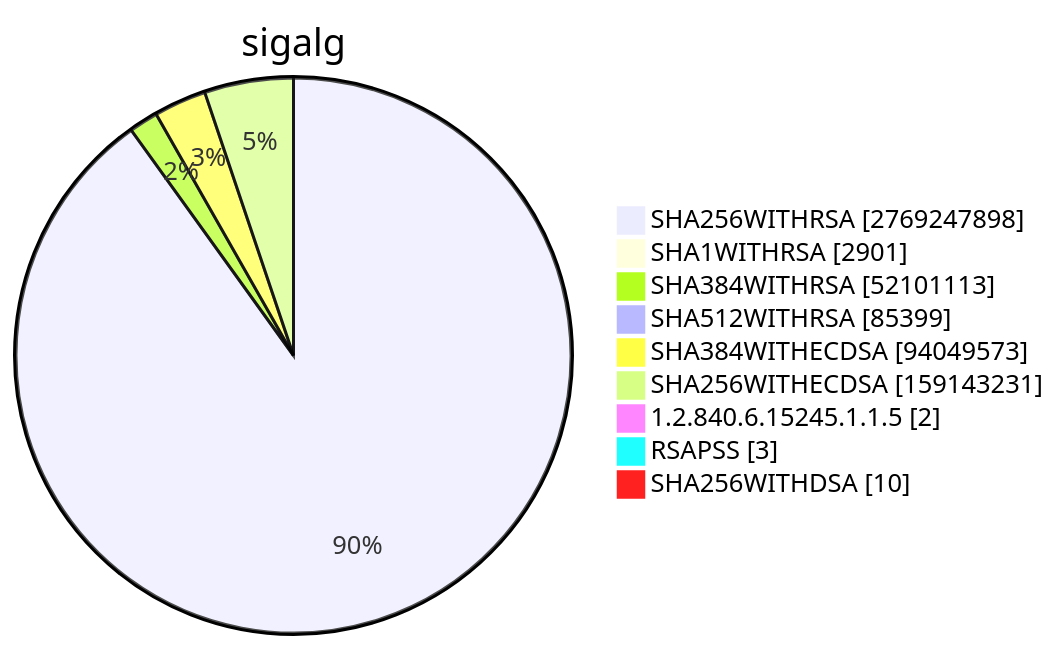
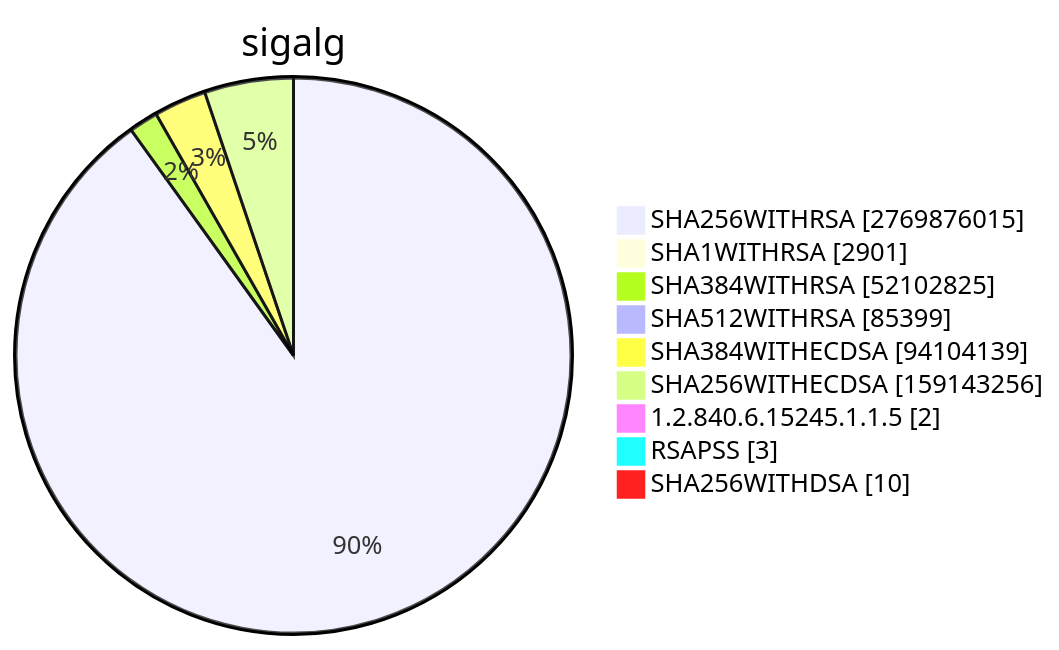
Diagram 15 of 15 in TOTAL/README.md (christiankrug/ctmonitor_visualization), drawn with Mermaid before and after one commit. The commit also changed other lines of this file, not shown here.

````diff
--- a/TOTAL/README.md
+++ b/TOTAL/README.md
@@ -6205,13 +6205,13 @@
 ```mermaid
 pie showData
 title sigalg
-"SHA256WITHRSA" :2769247898
+"SHA256WITHRSA" :2769876015
 "SHA1WITHRSA" :2901
-"SHA384WITHRSA" :52101113
+"SHA384WITHRSA" :52102825
 "SHA512WITHRSA" :85399
-"SHA384WITHECDSA" :94049573
-"SHA256WITHECDSA" :159143231
+"SHA384WITHECDSA" :94104139
+"SHA256WITHECDSA" :159143256
 "1.2.840.6.15245.1.1.5" :2
 "RSAPSS" :3
 "SHA256WITHDSA" :10
 ```
````
